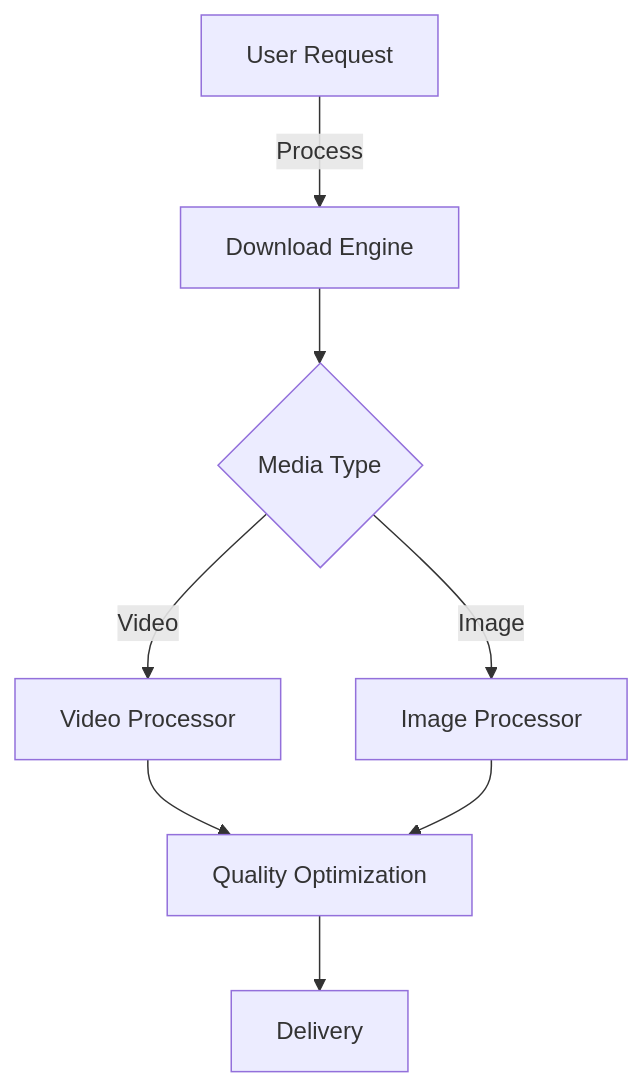
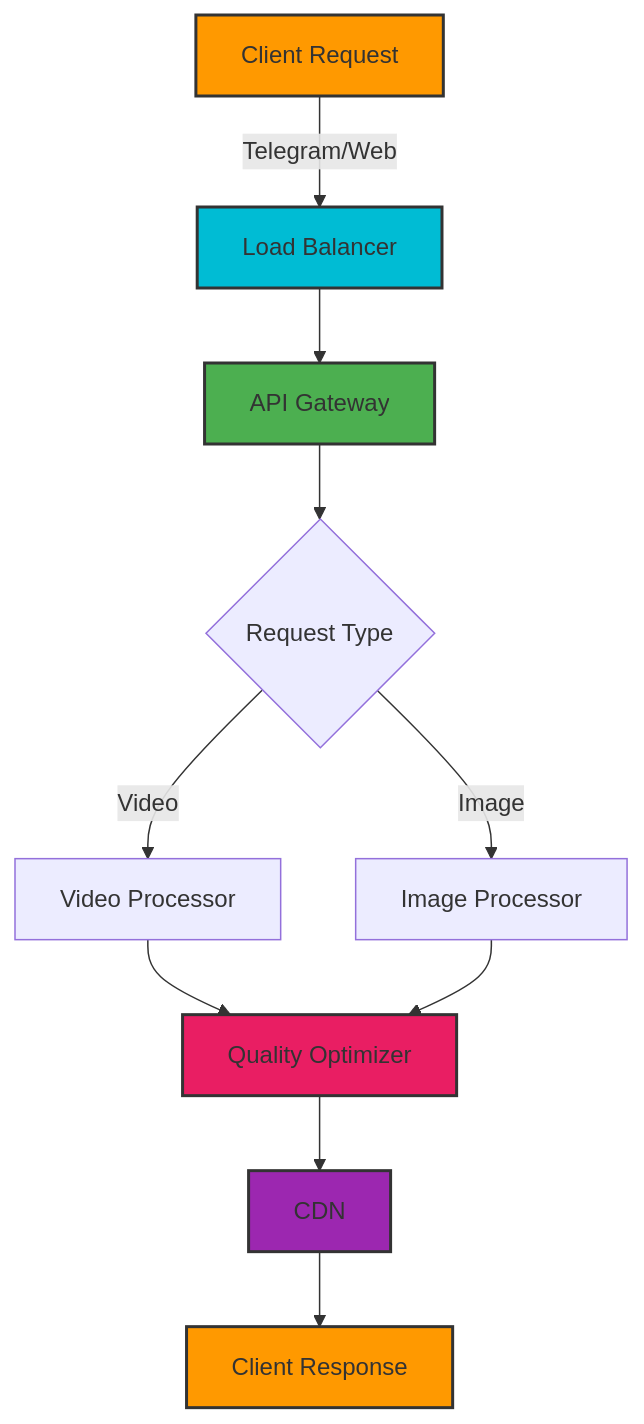
The first of 6 diagrams in README.md (sh33ikh/PintrestDownloadsBot), drawn with Mermaid before and after one commit. The commit also changed other lines of this file, not shown here.

````diff
--- a/README.md
+++ b/README.md
@@ -48,10 +23,19 @@
 ```mermaid
-graph TD
-    A[User Request] -->|Process| B[Download Engine]
-    B --> C{Media Type}
-    C -->|Video| D[Video Processor]
-    C -->|Image| E[Image Processor]
-    D --> F[Quality Optimization]
-    E --> F
-    F --> G[Delivery]
+flowchart TD
+    A[Client Request] -->|Telegram/Web| B[Load Balancer]
+    B --> C[API Gateway]
+    C --> D{Request Type}
+    D -->|Video| E[Video Processor]
+    D -->|Image| F[Image Processor]
+    E --> G[Quality Optimizer]
+    F --> G
+    G --> H[CDN]
+    H --> I[Client Response]
+    
+    style A fill:#ff9900,stroke:#333,stroke-width:2px
+    style B fill:#00bcd4,stroke:#333,stroke-width:2px
+    style C fill:#4caf50,stroke:#333,stroke-width:2px
+    style G fill:#e91e63,stroke:#333,stroke-width:2px
+    style H fill:#9c27b0,stroke:#333,stroke-width:2px
+    style I fill:#ff9900,stroke:#333,stroke-width:2px
 ```
````
